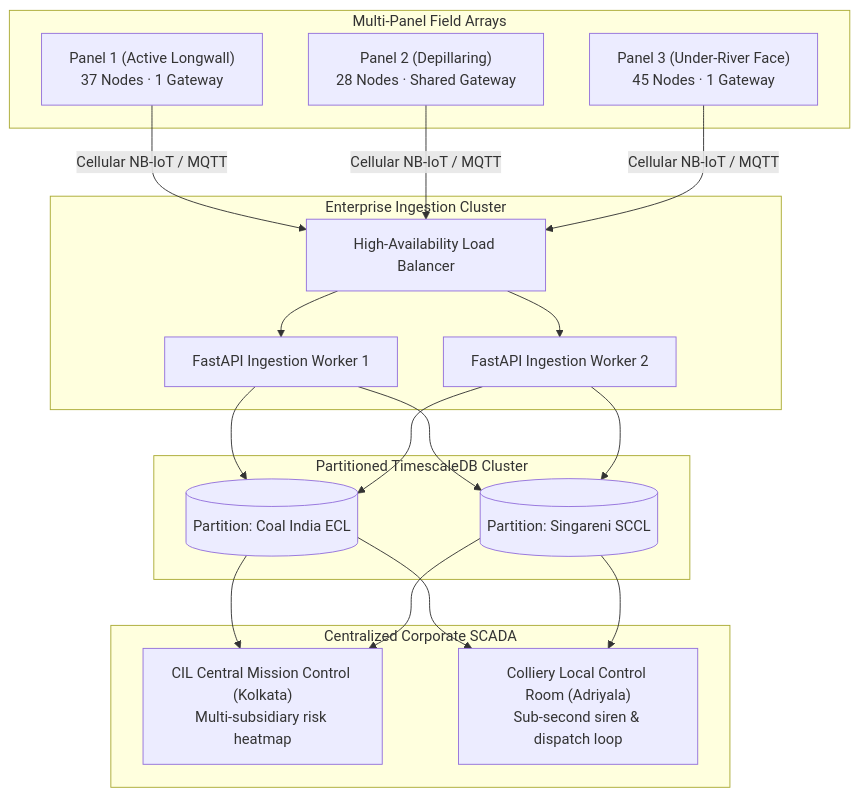
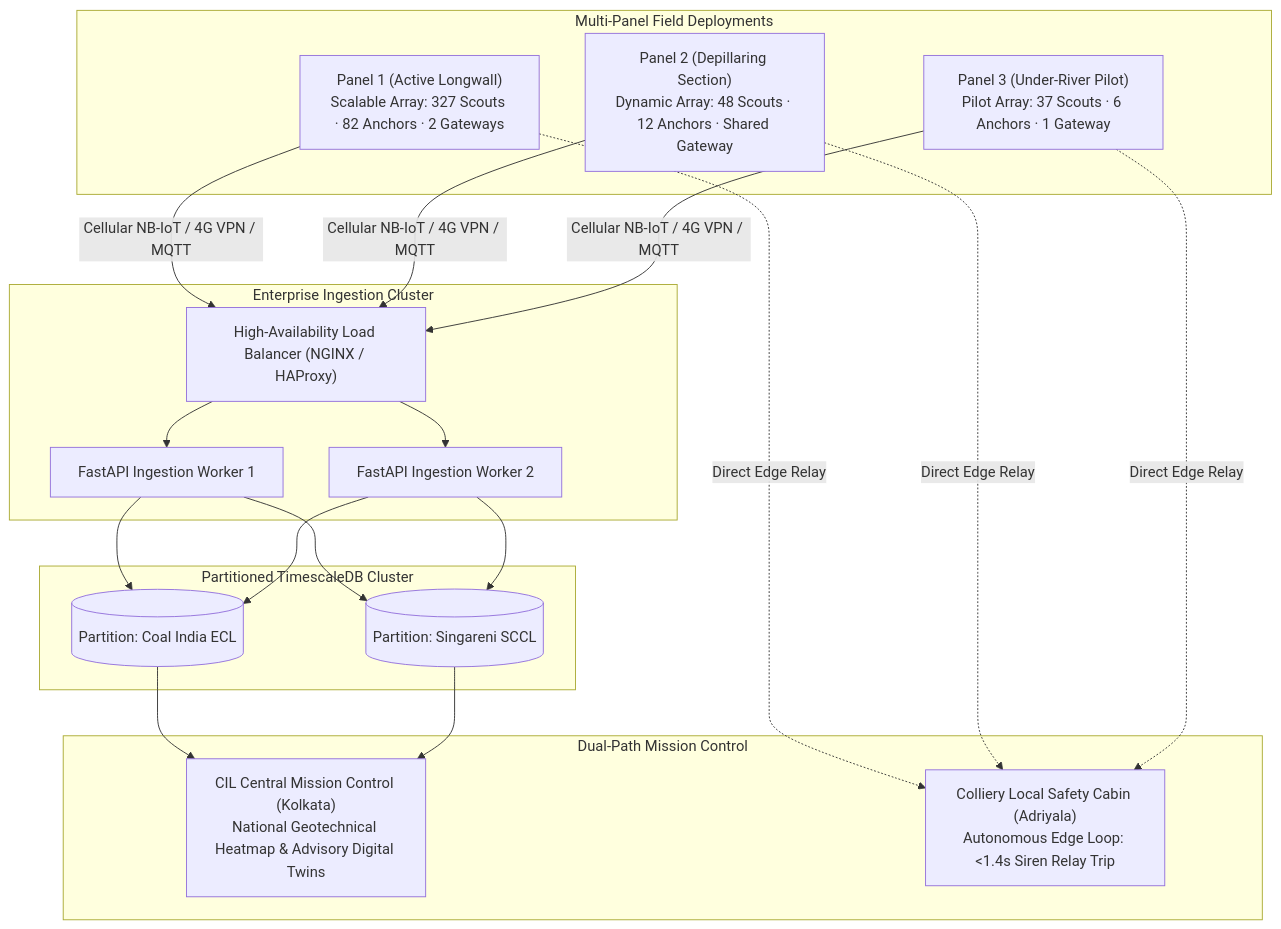
Before and after one commit to lively-life7/SIH-Documentation: the diagram in docs/09-deployment-and-impact/scalability.md, drawn with Mermaid. The commit also changed other lines of this file and 44 other files, not shown here.

````diff
--- a/docs/09-deployment-and-impact/scalability.md
+++ b/docs/09-deployment-and-impact/scalability.md
@@ -12,28 +12,29 @@
 ```mermaid
 flowchart TD
-    subgraph FIELD_SCALE["Multi-Panel Field Arrays"]
-        P1["Panel 1 (Active Longwall)<br/>37 Nodes · 1 Gateway"]
-        P2["Panel 2 (Depillaring)<br/>28 Nodes · Shared Gateway"]
-        P3["Panel 3 (Under-River Face)<br/>45 Nodes · 1 Gateway"]
+    subgraph FIELD_SCALE["Multi-Panel Field Deployments"]
+        P1["Panel 1 (Active Longwall)<br/>Scalable Array: 327 Scouts · 82 Anchors · 2 Gateways"]
+        P2["Panel 2 (Depillaring Section)<br/>Dynamic Array: 48 Scouts · 12 Anchors · Shared Gateway"]
+        P3["Panel 3 (Under-River Pilot)<br/>Pilot Array: 37 Scouts · 6 Anchors · 1 Gateway"]
     end
 
     subgraph INGEST_CLUSTER["Enterprise Ingestion Cluster"]
-        LB["High-Availability Load Balancer"]
+        LB["High-Availability Load Balancer (NGINX / HAProxy)"]
         API1["FastAPI Ingestion Worker 1"]
         API2["FastAPI Ingestion Worker 2"]
-        P1 & P2 & P3 -->|Cellular NB-IoT / MQTT| LB
+        P1 & P2 & P3 -->|Cellular NB-IoT / 4G VPN / MQTT| LB
         LB --> API1 & API2
     end
 
     subgraph DATA_TIER["Partitioned TimescaleDB Cluster"]
         DB1[("Partition: Coal India ECL")]
         DB2[("Partition: Singareni SCCL")]
         API1 & API2 --> DB1 & DB2
     end
 
-    subgraph ENTERPRISE_HMI["Centralized Corporate SCADA"]
-        HQ["CIL Central Mission Control (Kolkata)<br/>Multi-subsidiary risk heatmap"]
-        COL["Colliery Local Control Room (Adriyala)<br/>Sub-second siren & dispatch loop"]
-        DB1 & DB2 --> HQ & COL
+    subgraph ENTERPRISE_HMI["Dual-Path Mission Control"]
+        HQ["CIL Central Mission Control (Kolkata)<br/>National Geotechnical Heatmap & Advisory Digital Twins"]
+        COL["Colliery Local Safety Cabin (Adriyala)<br/>Autonomous Edge Loop: <1.4s Siren Relay Trip"]
+        DB1 & DB2 --> HQ
+        P1 & P2 & P3 -.->|Direct Edge Relay| COL
     end
 ```
````
